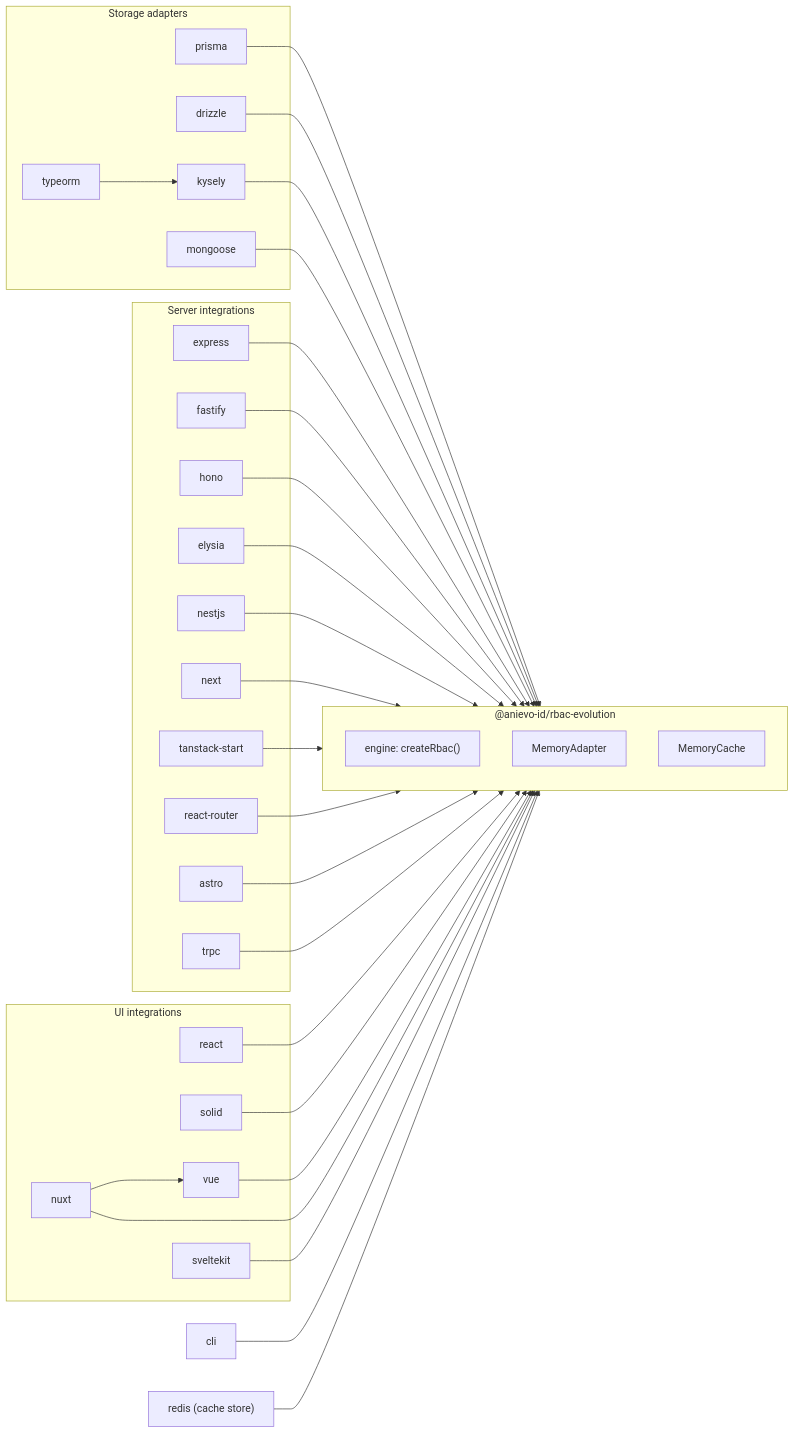
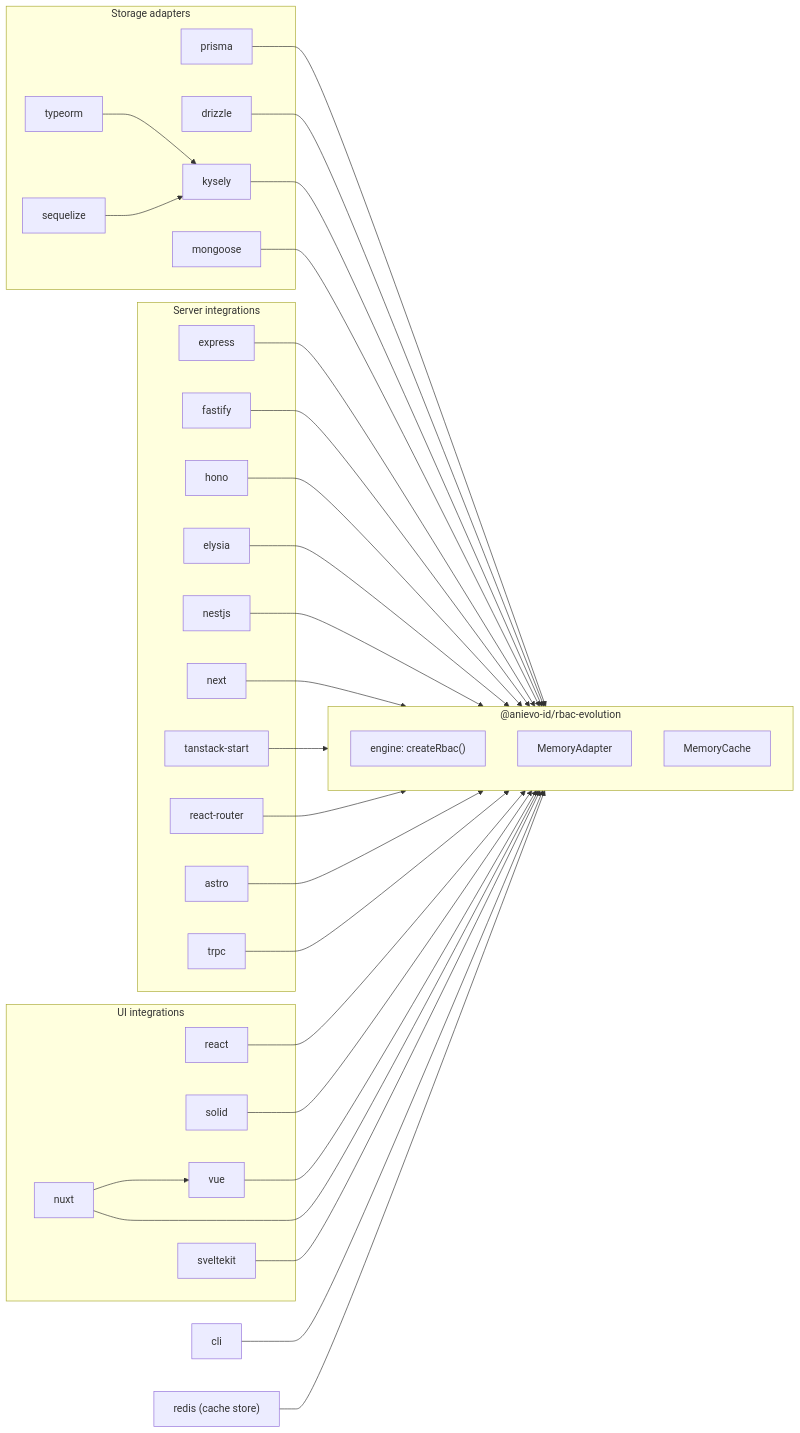
Before and after one commit to AniEvo-ID/rbac-evolution: the first of 8 diagrams in docs/guide/how-it-works.md, drawn with Mermaid. The commit also changed other lines of this file and 29 other files, not shown here.

````diff
--- a/docs/guide/how-it-works.md
+++ b/docs/guide/how-it-works.md
@@ -17,64 +17,66 @@
 ```mermaid
 flowchart LR
   subgraph adapters["Storage adapters"]
     prisma["prisma"]
     drizzle["drizzle"]
     kysely["kysely"]
     typeorm["typeorm"]
+    sequelize["sequelize"]
     mongoose["mongoose"]
   end
 
   subgraph core["@anievo-id/rbac-evolution"]
     engine["engine: createRbac()"]
     memory["MemoryAdapter"]
     cache["MemoryCache"]
   end
 
   subgraph server["Server integrations"]
     express["express"]
     fastify["fastify"]
     hono["hono"]
     elysia["elysia"]
     nestjs["nestjs"]
     next["next"]
     tanstack["tanstack-start"]
     reactrouter["react-router"]
     astro["astro"]
     trpc["trpc"]
   end
 
   subgraph ui["UI integrations"]
     react["react"]
     solid["solid"]
     vue["vue"]
     nuxt["nuxt"]
     sveltekit["sveltekit"]
   end
 
   cli["cli"]
   redis["redis (cache store)"]
 
   prisma --> core
   drizzle --> core
   kysely --> core
   typeorm --> kysely
+  sequelize --> kysely
   mongoose --> core
   express --> core
   fastify --> core
   hono --> core
   elysia --> core
   nestjs --> core
   next --> core
   tanstack --> core
   reactrouter --> core
   astro --> core
   trpc --> core
   react --> core
   solid --> core
   vue --> core
   nuxt --> core
   nuxt --> vue
   sveltekit --> core
   cli --> core
   redis --> core
 ```
````
